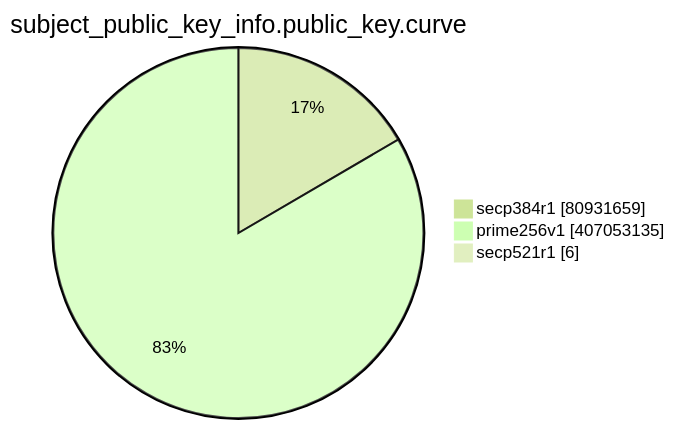
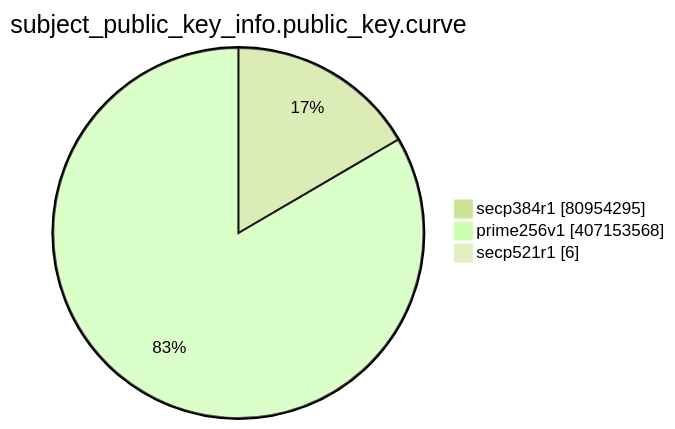
One commit to christiankrug/ctmonitor_visualization changed the eighth of 15 diagrams in TOTAL/README.md. Above: the diagram before and after it, drawn with Mermaid (forest theme). The commit also changed other lines of this file, not shown here.

````diff
--- a/TOTAL/README.md
+++ b/TOTAL/README.md
@@ -3096,7 +3096,7 @@
 ```mermaid
 pie showData
 title subject_public_key_info.public_key.curve
-"secp384r1" :80931659
-"prime256v1" :407053135
+"secp384r1" :80954295
+"prime256v1" :407153568
 "secp521r1" :6
 ```
````
